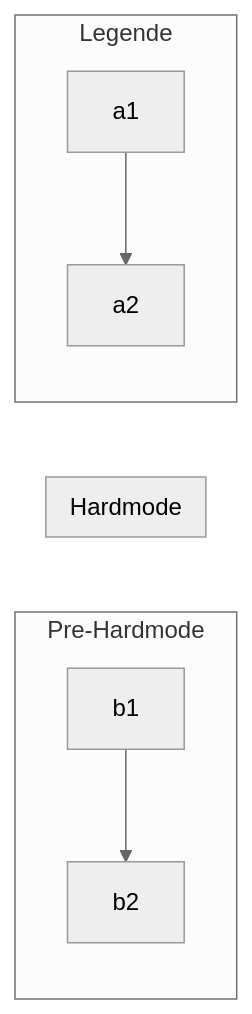
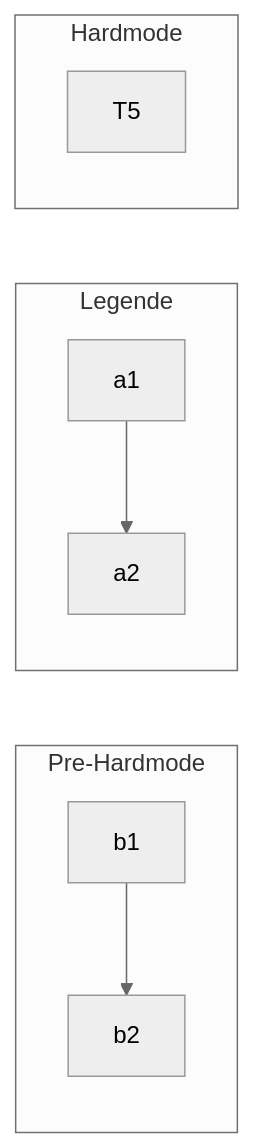
Before and after one commit to Schokobaer06/BattleOfGods: the diagram in todo.md, drawn with Mermaid (neutral theme). The commit also changed other lines of this file, not shown here.

````diff
--- a/todo.md
+++ b/todo.md
@@ -136,13 +136,13 @@
 ```mermaid
 graph LR
 
 subgraph prehardmode [Pre-Hardmode]
 b1-->b2
 end
-subgraph hardmode [Hardmode]
-end
 subgraph legend [Legende]
 a1-->a2
 end
-
+subgraph hardmode [Hardmode]
+T5
+end
 ```
````
